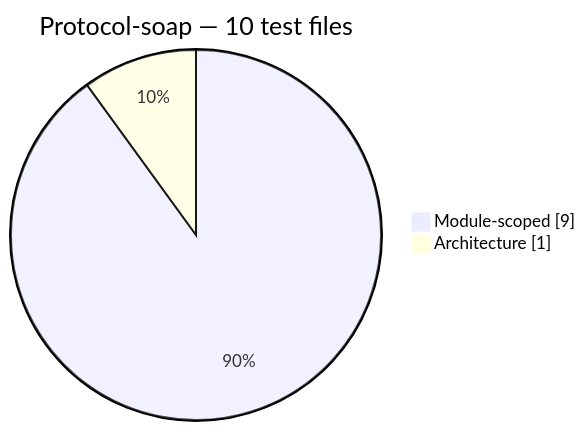
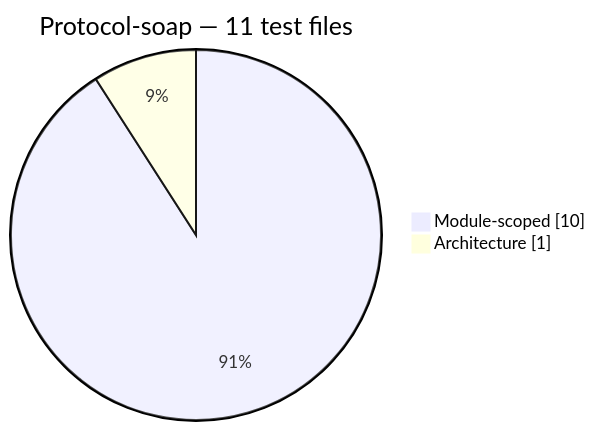
Diagram 11 of 13 in docs/generated/test-composition.md (PHP-Arazzo/php-arazzo), drawn with Mermaid before and after one commit. The commit also changed other lines of this file and 29 other files, not shown here.

Commit message:
refactor(protocol-soap): enrich SoapResponseTransfer, apply domain queries, and use exception static factories

````diff
--- a/docs/generated/test-composition.md
+++ b/docs/generated/test-composition.md
@@ -164,6 +164,6 @@
 ```mermaid
 pie showData
-    title Protocol-soap — 10 test files
-    "Module-scoped": 9
+    title Protocol-soap — 11 test files
+    "Module-scoped": 10
     "Architecture": 1
 ```
````
